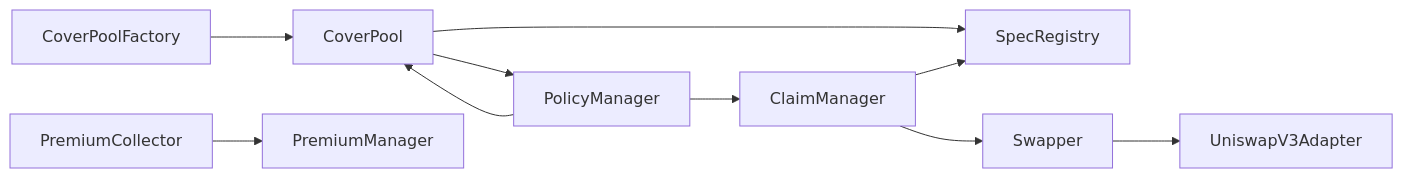
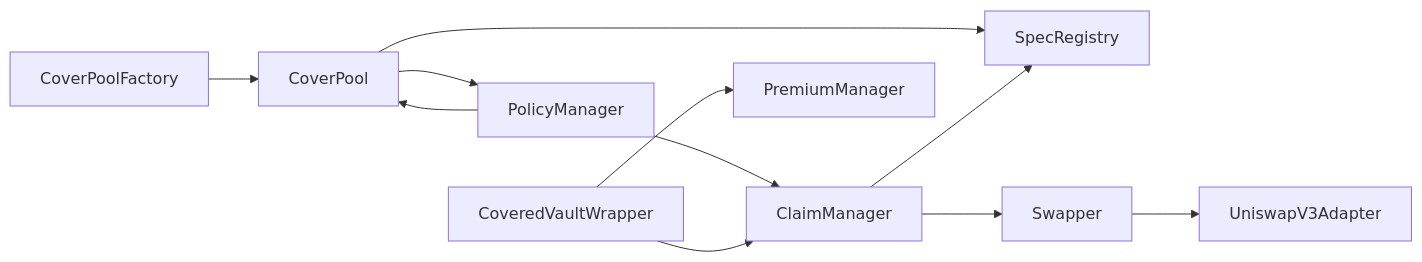
Before and after one commit to 0xcatalysis/coverage: the diagram in docs/architecture/02-smart-contracts.md, drawn with Mermaid. The commit also changed other lines of this file and 22 other files, not shown here.

First line of the commit message:
Align testing flows (#78)

````diff
--- a/docs/architecture/02-smart-contracts.md
+++ b/docs/architecture/02-smart-contracts.md
@@ -11,22 +11,23 @@
 ```mermaid
 graph LR
     CPF[CoverPoolFactory]
     CP[CoverPool]
     PM[PolicyManager]
     CM[ClaimManager]
-    PC[PremiumCollector]
     PRM[PremiumManager]
     SR[SpecRegistry]
     SW[Swapper]
     UV3[UniswapV3Adapter]
+    CVW[CoveredVaultWrapper]
 
     CPF --> CP
     PM --> CP
     CP --> PM
     CP --> SR
     PM --> CM
-    PC --> PRM
+    CVW --> PRM
+    CVW --> CM
     CM --> SR
     CM --> SW
     SW --> UV3
 ```
````
